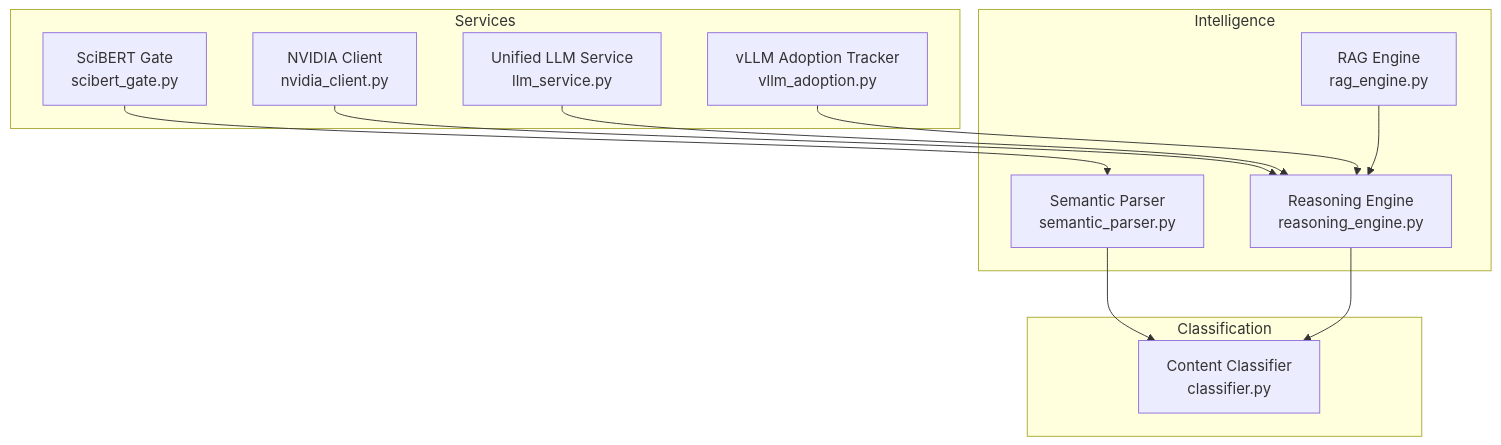
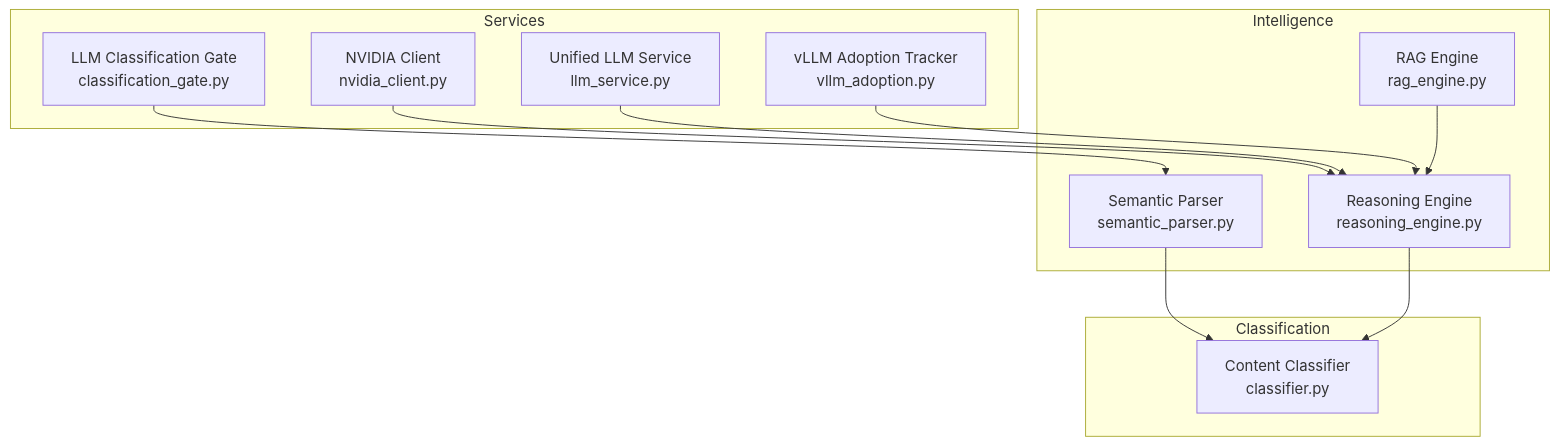
The first of 12 diagrams in .docs/content/AI_ML Integration/AI_ML Integration.md (rohitkumarnaidu/ScholarFormAI), drawn with Mermaid before and after one commit. The commit also changed other lines of this file and 4 other files, not shown here.

````diff
--- a/.docs/content/AI_ML Integration/AI_ML Integration.md
+++ b/.docs/content/AI_ML Integration/AI_ML Integration.md
@@ -64,24 +64,24 @@
 ```mermaid
 graph TB
 subgraph "Services"
 NV["NVIDIA Client<br/>nvidia_client.py"]
 LLM["Unified LLM Service<br/>llm_service.py"]
-SCIBERT_GATE["SciBERT Gate<br/>scibert_gate.py"]
+SCIBERT_GATE["LLM Classification Gate<br/>classification_gate.py"]
 VLLM_ADOPTION["vLLM Adoption Tracker<br/>vllm_adoption.py"]
 end
 subgraph "Intelligence"
 RAG["RAG Engine<br/>rag_engine.py"]
 RE["Reasoning Engine<br/>reasoning_engine.py"]
 SP["Semantic Parser<br/>semantic_parser.py"]
 end
 subgraph "Classification"
 CL["Content Classifier<br/>classifier.py"]
 end
 NV --> RE
 LLM --> RE
 SP --> CL
 SCIBERT_GATE --> SP
 VLLM_ADOPTION --> RE
 RAG --> RE
 RE --> CL
 ```
````
